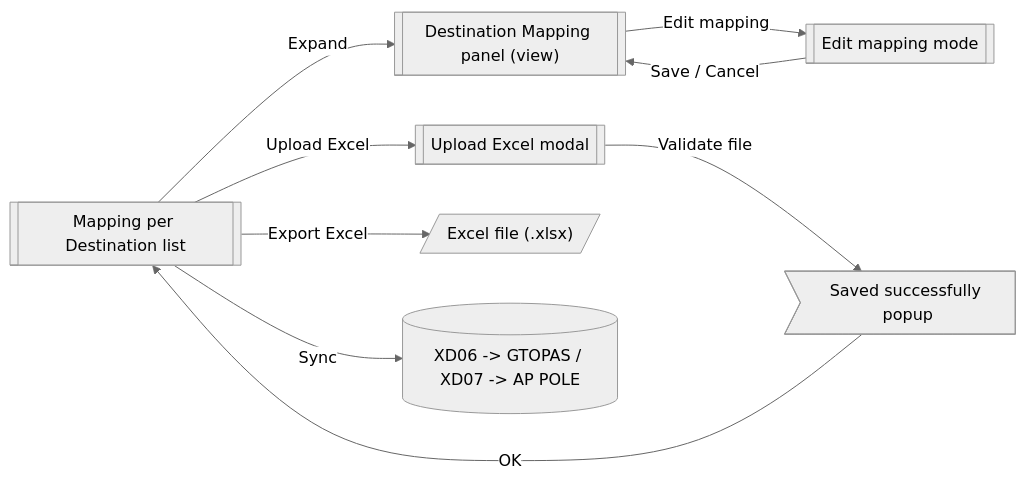
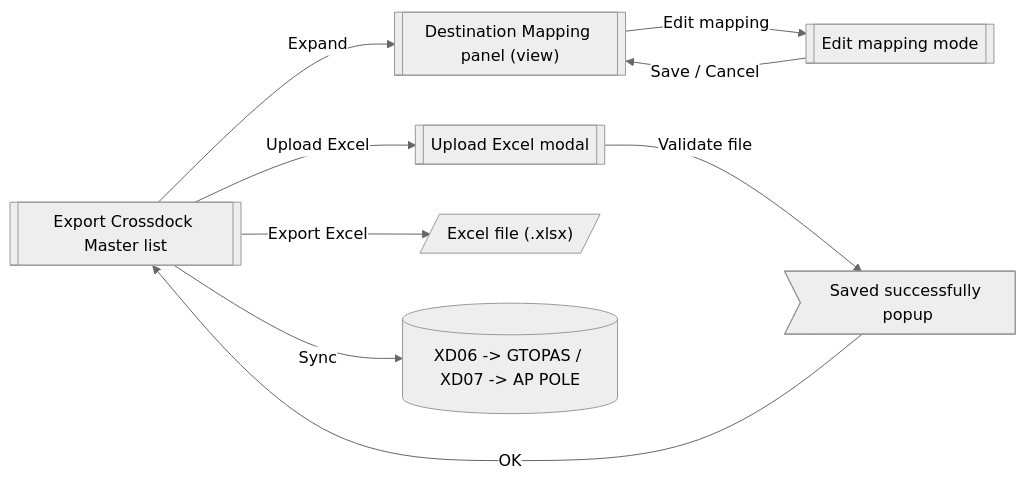
One commit to ivanrayhannn/crossdockpoc changed the fourth of 5 diagrams in prepare_code/uiss/XD01_Screen_CrossDockPartMaster.md. Above: the diagram before and after it, drawn with Mermaid (neutral theme). The commit also changed other lines of this file and 92 other files, not shown here.

First line of the commit message:
Crossdock Master names (Kanban / Export Crossdock Master), period on the Kanban Crossdock Master, Order Type per destination row

````diff
--- a/prepare_code/uiss/XD01_Screen_CrossDockPartMaster.md
+++ b/prepare_code/uiss/XD01_Screen_CrossDockPartMaster.md
@@ -211,18 +212,18 @@
 ```mermaid
 flowchart LR
-  list[["Mapping per Destination list"]]
+  list[["Export Crossdock Master list"]]
   view[["Destination Mapping panel (view)"]]
   edit[["Edit mapping mode"]]
   up[["Upload Excel modal"]]
   ok>"Saved successfully popup"]
   xls[/"Excel file (.xlsx)"/]
   tgt[("XD06 -> GTOPAS / XD07 -> AP POLE")]
   list -->|Expand| view
   view -->|Edit mapping| edit
   edit -->|Save / Cancel| view
   list -->|Upload Excel| up
   up -->|Validate file| ok
   ok -->|OK| list
   list -->|Export Excel| xls
   list -->|Sync| tgt
 ```
````
